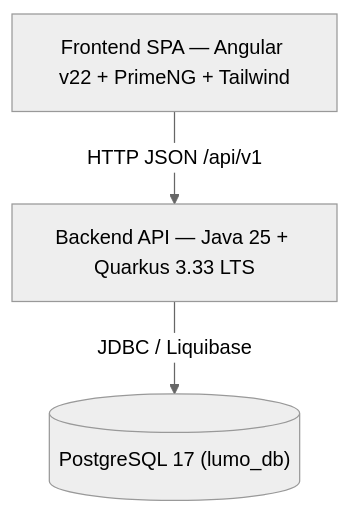
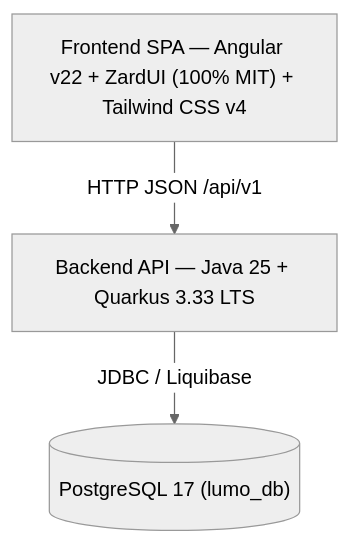
Before and after one commit to tiaggofg/lumo-app: the second of 4 diagrams in docs/arquitetura-c4.md, drawn with Mermaid (neutral theme). The commit also changed other lines of this file and 58 other files, not shown here.

````diff
--- a/docs/arquitetura-c4.md
+++ b/docs/arquitetura-c4.md
@@ -12,5 +12,5 @@
 ```mermaid
 flowchart TB
-  SPA["Frontend SPA — Angular v22 + PrimeNG + Tailwind"] -->|HTTP JSON /api/v1| API["Backend API — Java 25 + Quarkus 3.33 LTS"]
+  SPA["Frontend SPA — Angular v22 + ZardUI (100% MIT) + Tailwind CSS v4"] -->|HTTP JSON /api/v1| API["Backend API — Java 25 + Quarkus 3.33 LTS"]
   API -->|JDBC / Liquibase| DB[("PostgreSQL 17 (lumo_db)")]
 ```
````
